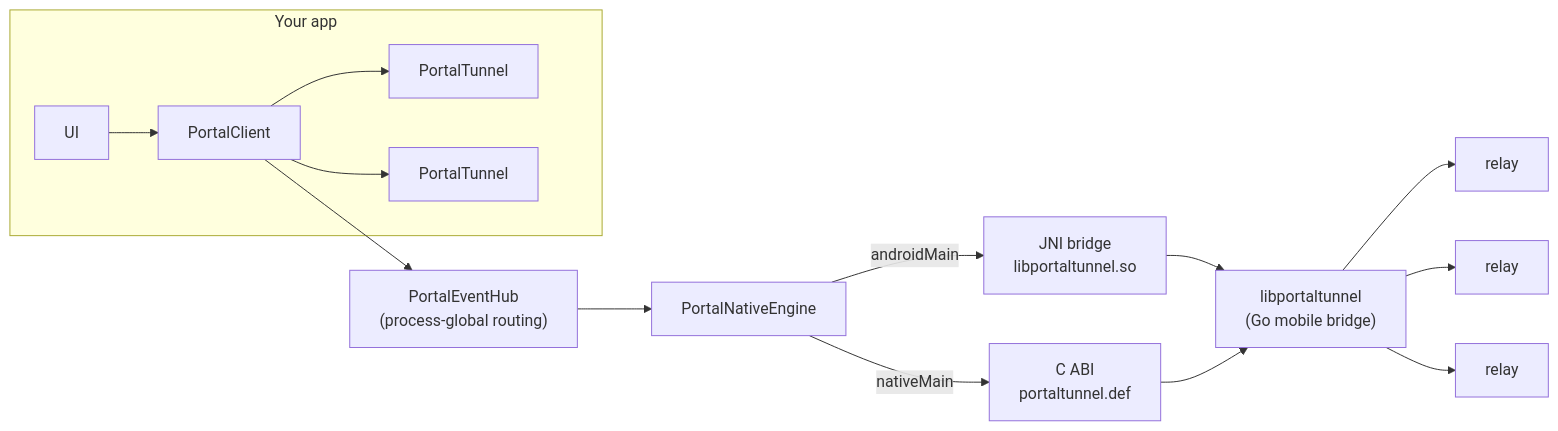
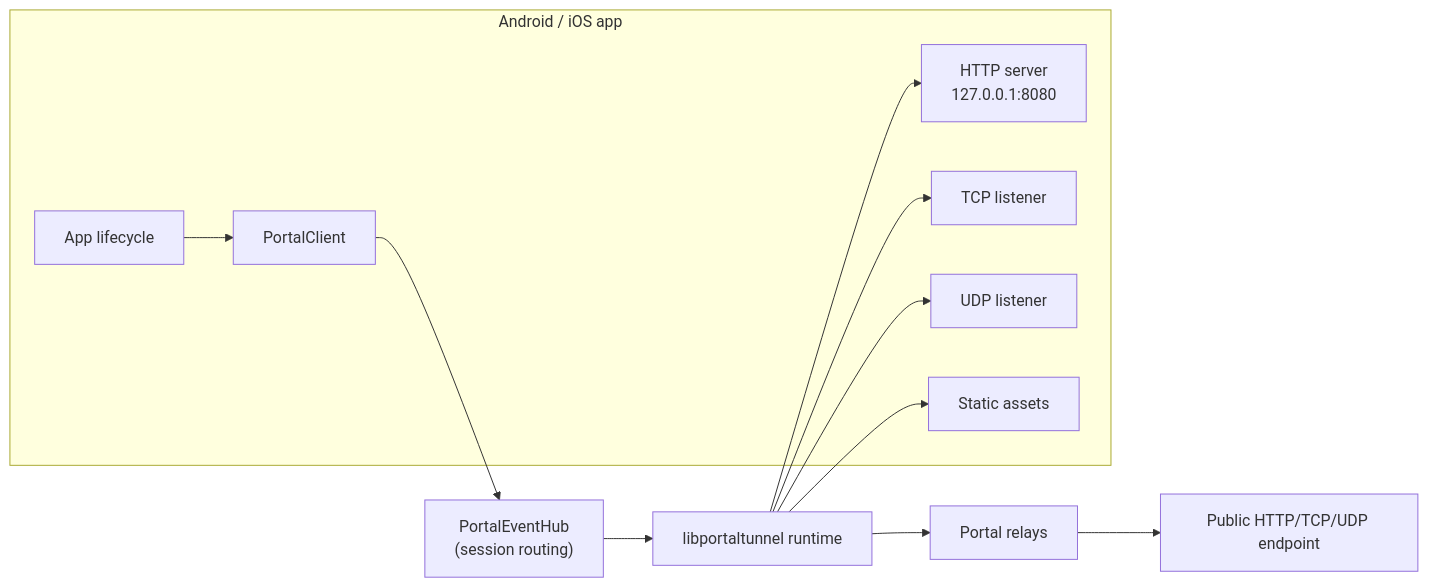
The diagram in README.md (gosuda/portal-multiplatform-sdk), drawn with Mermaid before and after one commit. The commit also changed other lines of this file and 2 other files, not shown here.

Commit message:
docs(readme): emphasize mobile tunnel runtime

````diff
--- a/README.md
+++ b/README.md
@@ -59,13 +67,15 @@
 ```mermaid
 flowchart LR
-    subgraph app["Your app"]
-        UI --> PC["PortalClient"]
-        PC --> T1["PortalTunnel"] & T2["PortalTunnel"]
+    subgraph app["Android / iOS app"]
+        UI["App lifecycle"] --> PC["PortalClient"]
+        HTTP["HTTP server<br/>127.0.0.1:8080"]
+        TCP["TCP listener"]
+        UDP["UDP listener"]
+        FILES["Static assets"]
     end
-    PC --> HUB["PortalEventHub<br/>(process-global routing)"]
-    HUB --> ENG["PortalNativeEngine"]
-    ENG -->|androidMain| JNI["JNI bridge<br/>libportaltunnel.so"]
-    ENG -->|nativeMain| C["C ABI<br/>portaltunnel.def"]
-    JNI & C --> GO["libportaltunnel<br/>(Go mobile bridge)"]
-    GO --> R1["relay"] & R2["relay"] & R3["relay"]
+    PC --> HUB["PortalEventHub<br/>(session routing)"]
+    HUB --> ENG["libportaltunnel runtime"]
+    ENG --> HTTP & TCP & UDP & FILES
+    ENG --> R["Portal relays"]
+    R --> PUBLIC["Public HTTP/TCP/UDP endpoint"]
 ```
````
